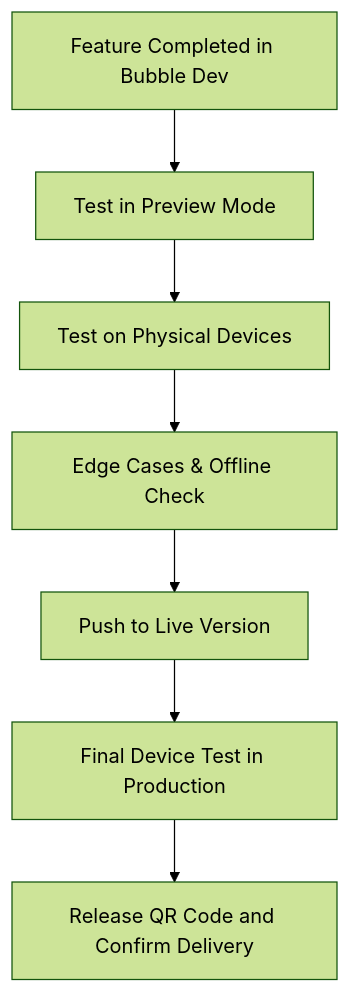
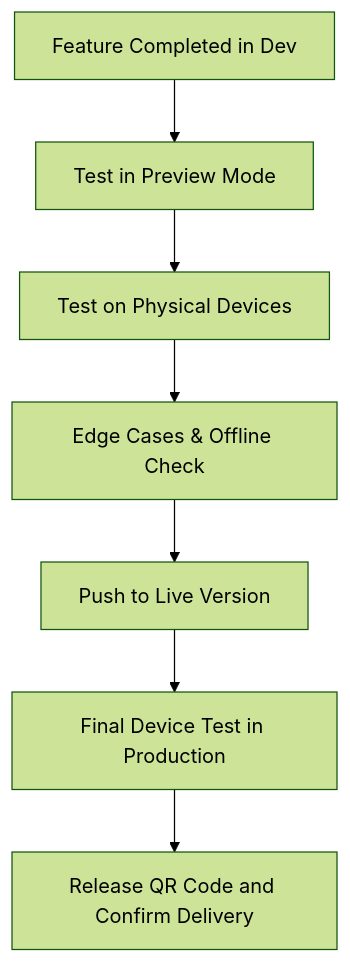
Diagram 14 of 14 in Documents/TechnicalSpecification/technicalSpecification.md (algosup/2024-2025-project-5-bubble-intermarche-team-5), drawn with Mermaid (forest theme) before and after one commit. The commit also changed other lines of this file, not shown here.

````diff
--- a/Documents/TechnicalSpecification/technicalSpecification.md
+++ b/Documents/TechnicalSpecification/technicalSpecification.md
@@ -1609,9 +1609,9 @@
 ```mermaid
 flowchart TD  
-    A[Feature Completed in Bubble Dev] --> B[Test in Preview Mode]  
+    A[Feature Completed in Dev] --> B[Test in Preview Mode]  
     B --> C[Test on Physical Devices]  
     C --> D[Edge Cases & Offline Check]  
     D --> E[Push to Live Version]  
     E --> F[Final Device Test in Production]  
     F --> G[Release QR Code and Confirm Delivery]  
 ```
````
